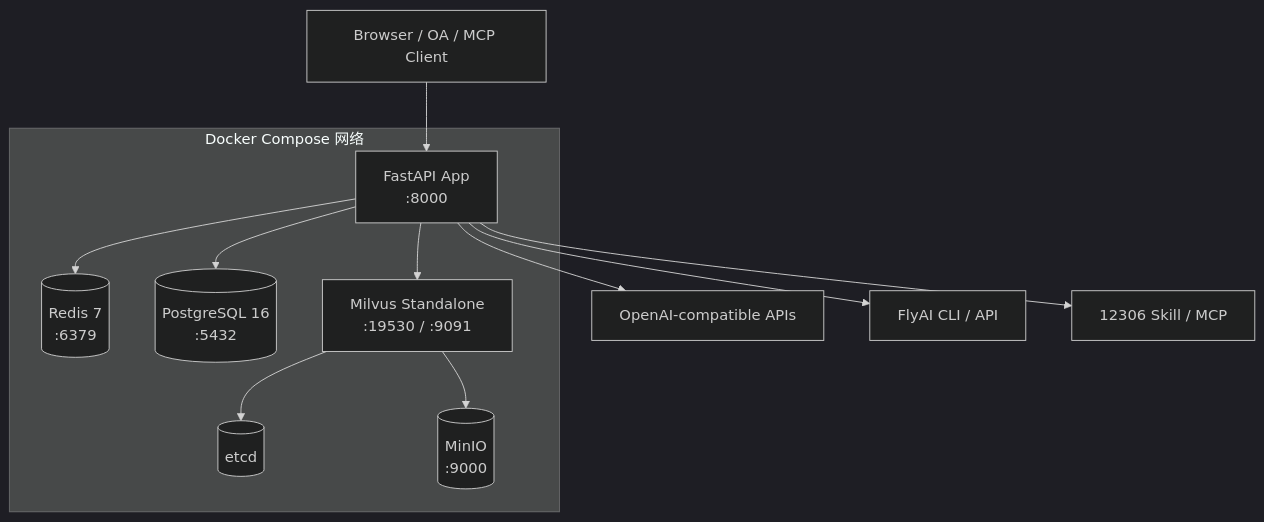
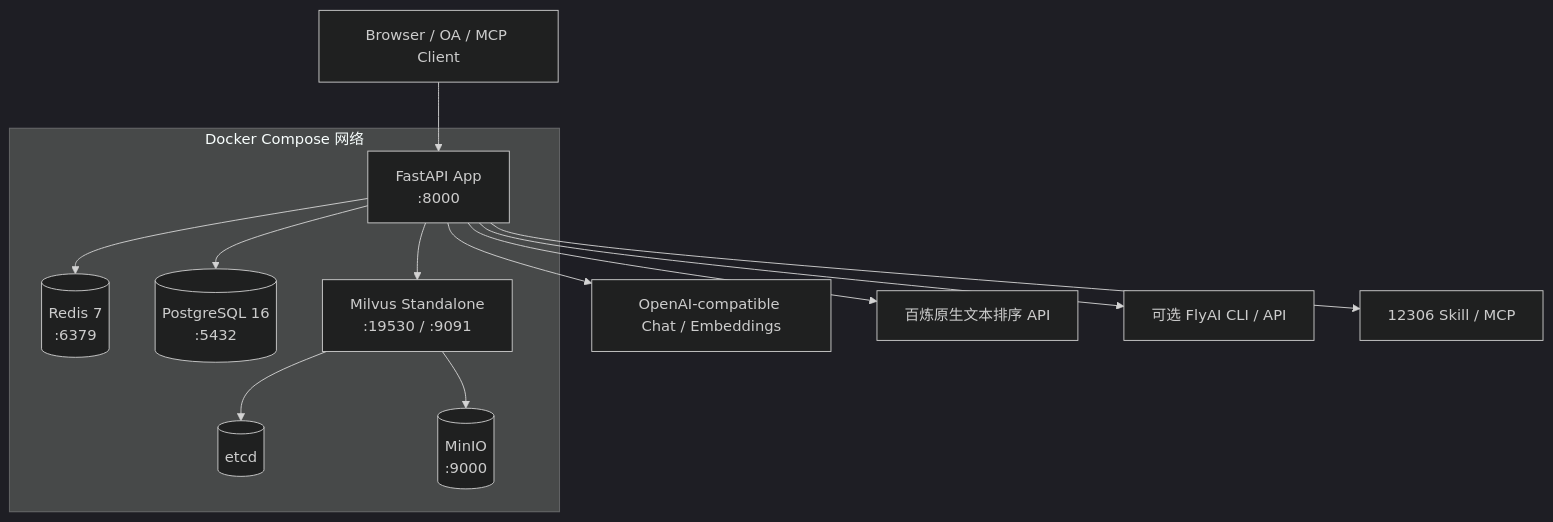
Diagram 12 of 12 in docs/overall-design.md (wangyang-777/Multi-Agent-Business-Travel-Assistant-System), drawn with Mermaid (dark theme) before and after one commit. The commit also changed other lines of this file, not shown here.

````diff
--- a/docs/overall-design.md
+++ b/docs/overall-design.md
@@ -811,24 +900,22 @@
 ```mermaid
 flowchart TB
     Client[Browser / OA / MCP Client]
-
     subgraph Docker["Docker Compose 网络"]
         App[FastAPI App<br/>:8000]
         Redis[(Redis 7<br/>:6379)]
         PG[(PostgreSQL 16<br/>:5432)]
         Milvus[Milvus Standalone<br/>:19530 / :9091]
         Etcd[(etcd)]
         MinIO[(MinIO<br/>:9000)]
-
         App --> Redis
         App --> PG
         App --> Milvus
         Milvus --> Etcd
         Milvus --> MinIO
     end
-
     Client --> App
-    App --> ModelAPI[OpenAI-compatible APIs]
-    App --> FlyAI[FlyAI CLI / API]
+    App --> ModelAPI[OpenAI-compatible Chat / Embeddings]
+    App --> RerankAPI[百炼原生文本排序 API]
+    App --> FlyAI[可选 FlyAI CLI / API]
     App --> Railway[12306 Skill / MCP]
 ```
````
